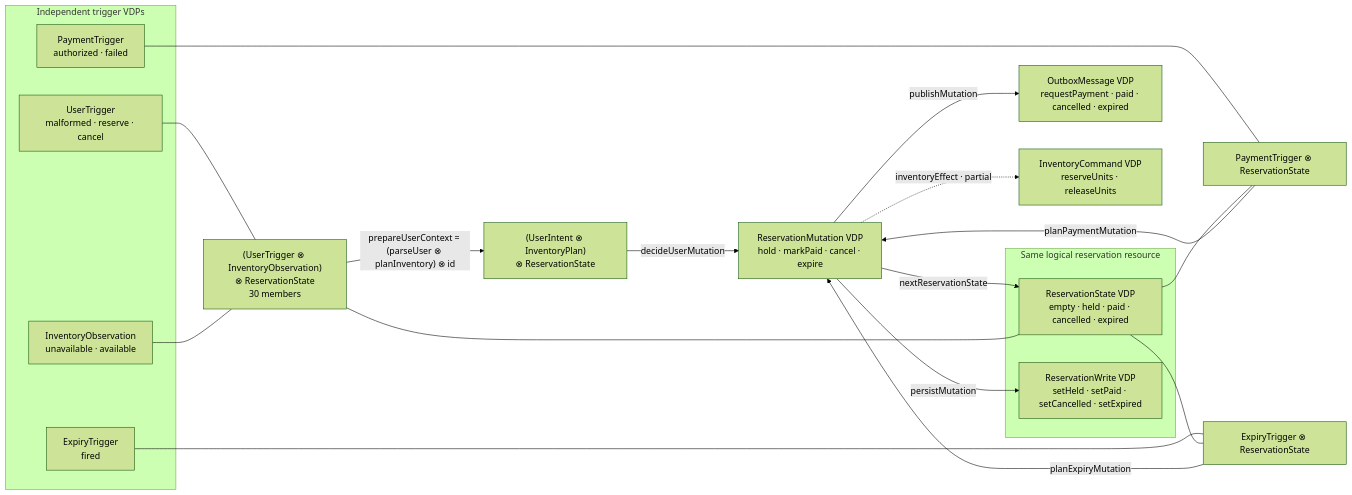
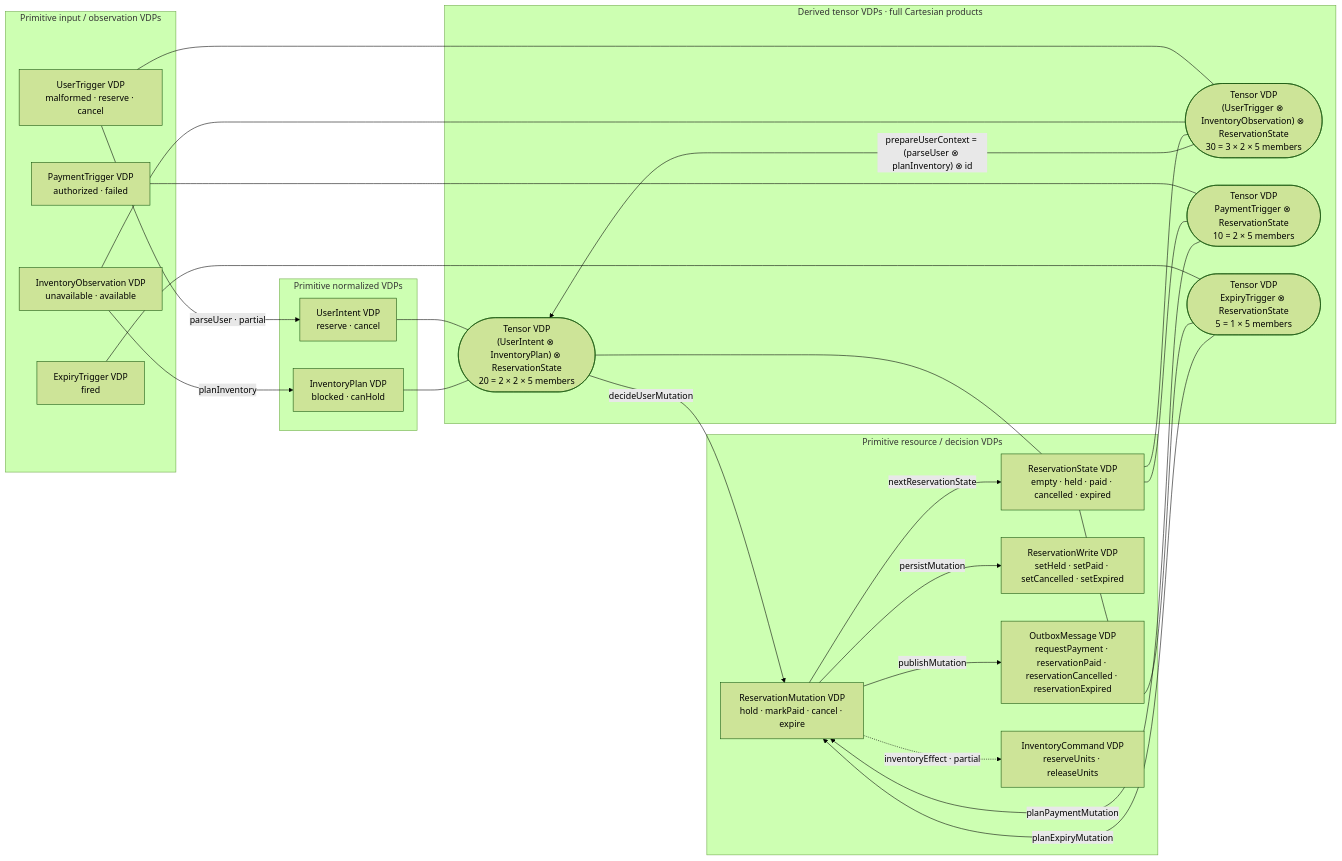
The fifth of 5 diagrams in README.md (mrvanish97/archiscript), drawn with Mermaid (forest theme) before and after one commit. The commit also changed other lines of this file, not shown here.

Commit message:
docs: make VDP expansion convention explicit

````diff
--- a/README.md
+++ b/README.md
@@ -235,43 +243,56 @@
 ```mermaid
 flowchart LR
-  subgraph TRIGGERS["Independent trigger VDPs"]
-    U["UserTrigger<br/>malformed · reserve · cancel"]
-    P["PaymentTrigger<br/>authorized · failed"]
-    E["ExpiryTrigger<br/>fired"]
-    I["InventoryObservation<br/>unavailable · available"]
+  subgraph INPUTS["Primitive input / observation VDPs"]
+    U["UserTrigger VDP<br/>malformed · reserve · cancel"]
+    I["InventoryObservation VDP<br/>unavailable · available"]
+    P["PaymentTrigger VDP<br/>authorized · failed"]
+    E["ExpiryTrigger VDP<br/>fired"]
   end
 
-  subgraph RESOURCE["Same logical reservation resource"]
-    S["ReservationState VDP<br/>empty · held · paid · cancelled · expired"]
-    W["ReservationWrite VDP<br/>setHeld · setPaid · setCancelled · setExpired"]
+  subgraph LOCAL["Primitive normalized VDPs"]
+    UI["UserIntent VDP<br/>reserve · cancel"]
+    IP["InventoryPlan VDP<br/>blocked · canHold"]
   end
 
-  UC0["(UserTrigger ⊗ InventoryObservation)<br/>⊗ ReservationState<br/>30 members"]
-  UC1["(UserIntent ⊗ InventoryPlan)<br/>⊗ ReservationState"]
-  PC["PaymentTrigger ⊗ ReservationState"]
-  EC["ExpiryTrigger ⊗ ReservationState"]
+  subgraph RESOURCE["Primitive resource / decision VDPs"]
+    S["ReservationState VDP<br/>empty · held · paid · cancelled · expired"]
+    M["ReservationMutation VDP<br/>hold · markPaid · cancel · expire"]
+    W["ReservationWrite VDP<br/>setHeld · setPaid · setCancelled · setExpired"]
+    O["OutboxMessage VDP<br/>requestPayment · reservationPaid · reservationCancelled · reservationExpired"]
+    IC["InventoryCommand VDP<br/>reserveUnits · releaseUnits"]
+  end
 
-  M["ReservationMutation VDP<br/>hold · markPaid · cancel · expire"]
-  O["OutboxMessage VDP<br/>requestPayment · paid · cancelled · expired"]
-  IC["InventoryCommand VDP<br/>reserveUnits · releaseUnits"]
+  subgraph PRODUCTS["Derived tensor VDPs · full Cartesian products"]
+    UC0(["Tensor VDP<br/>(UserTrigger ⊗ InventoryObservation) ⊗ ReservationState<br/>30 = 3 × 2 × 5 members"])
+    UC1(["Tensor VDP<br/>(UserIntent ⊗ InventoryPlan) ⊗ ReservationState<br/>20 = 2 × 2 × 5 members"])
+    PC(["Tensor VDP<br/>PaymentTrigger ⊗ ReservationState<br/>10 = 2 × 5 members"])
+    EC(["Tensor VDP<br/>ExpiryTrigger ⊗ ReservationState<br/>5 = 1 × 5 members"])
+  end
+
+  U -->|"parseUser · partial"| UI
+  I -->|"planInventory"| IP
 
   U --- UC0
   I --- UC0
   S --- UC0
+
+  UI --- UC1
+  IP --- UC1
+  S --- UC1
 
   UC0 -->|"prepareUserContext = (parseUser ⊗ planInventory) ⊗ id"| UC1
   UC1 -->|"decideUserMutation"| M
 
   P --- PC
   S --- PC
   PC -->|"planPaymentMutation"| M
 
   E --- EC
   S --- EC
   EC -->|"planExpiryMutation"| M
 
   M -->|"nextReservationState"| S
   M -->|"persistMutation"| W
   M -->|"publishMutation"| O
   M -.->|"inventoryEffect · partial"| IC
 ```
````
